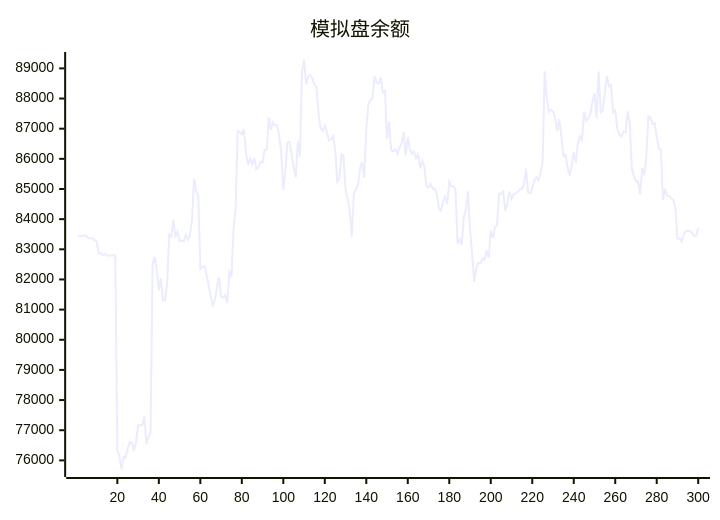
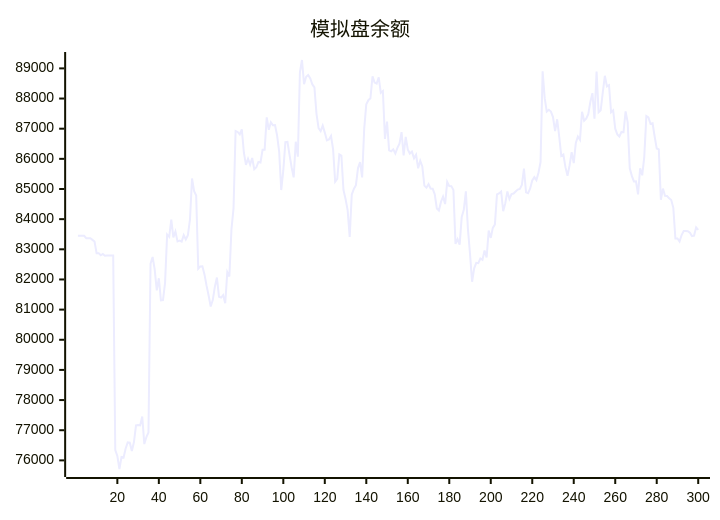
One commit to aahl/ai-trading changed the diagram in README.md. Above: the diagram before and after it, drawn with Mermaid. The commit also changed other lines of this file and 1 other file, not shown here.

````diff
--- a/README.md
+++ b/README.md
@@ -5,5 +5,5 @@
 ```mermaid
 xychart
     title "模拟盘余额"
-    line [83447,83448,83447,83448,83449,83369,83369,83369,83313,83256,82872,82873,82801,82844,82785,82791,82791,82793,82794,76339,76145,75714,76110,76096,76397,76594,76585,76310,76607,77160,77170,77160,77456,76541,76774,76927,82520,82744,82337,81639,82040,81307,81314,81887,83490,83414,83984,83396,83594,83261,83287,83253,83470,83327,83465,83987,85348,84930,84786,82355,82433,82438,82167,81795,81466,81105,81315,81756,82064,81426,81398,81481,81210,82242,82099,83658,84359,86925,86892,86814,86980,86203,85802,86003,85811,86028,85657,85721,85896,85880,86300,86299,87378,86965,87214,87115,87118,86780,86238,84966,85623,86555,86562,86129,85722,85387,86569,86070,88870,89278,88477,88720,88781,88668,88467,88372,87493,87018,86917,87102,86870,86613,86644,86758,86317,85242,85334,86149,86106,84968,84671,84302,83410,84816,85001,85127,85693,85891,85384,87001,87811,87945,88007,88734,88528,88495,88705,88189,88248,86662,87234,86279,86251,86314,86177,86364,86503,86886,86114,86731,86310,86176,86240,86017,86136,85685,85938,85749,85111,85044,85164,85016,85008,84824,84354,84287,84572,84745,84500,85234,85096,85095,84970,83180,83338,83157,84070,84309,84922,83667,82850,81924,82369,82552,82539,82695,82648,82962,82728,83619,83378,83710,83825,84819,84854,84917,84265,84527,84919,84668,84834,84850,84916,84981,85004,85131,85674,84891,84864,85019,85284,85393,85294,85538,85894,88904,88012,87567,87625,87568,87386,86920,87313,86737,86094,86143,85725,85437,85787,86219,85859,86526,86740,86630,87563,87264,87335,87483,87886,88180,87335,88894,87544,87608,88207,88755,88401,88444,87543,87608,87000,86810,86740,86894,86884,87576,87209,85686,85435,85251,85255,84820,85689,85453,86066,87420,87373,87161,87178,86740,86341,86315,84643,85012,84772,84768,84690,84635,84376,83360,83357,83259,83474,83608,83606,83602,83548,83440,83454,83724]
+    line [83448,83447,83448,83449,83369,83369,83369,83313,83256,82872,82873,82801,82844,82785,82791,82791,82793,82794,76339,76145,75714,76110,76096,76397,76594,76585,76310,76607,77160,77170,77160,77456,76541,76774,76927,82520,82744,82337,81639,82040,81307,81314,81887,83490,83414,83984,83396,83594,83261,83287,83253,83470,83327,83465,83987,85348,84930,84786,82355,82433,82438,82167,81795,81466,81105,81315,81756,82064,81426,81398,81481,81210,82242,82099,83658,84359,86925,86892,86814,86980,86203,85802,86003,85811,86028,85657,85721,85896,85880,86300,86299,87378,86965,87214,87115,87118,86780,86238,84966,85623,86555,86562,86129,85722,85387,86569,86070,88870,89278,88477,88720,88781,88668,88467,88372,87493,87018,86917,87102,86870,86613,86644,86758,86317,85242,85334,86149,86106,84968,84671,84302,83410,84816,85001,85127,85693,85891,85384,87001,87811,87945,88007,88734,88528,88495,88705,88189,88248,86662,87234,86279,86251,86314,86177,86364,86503,86886,86114,86731,86310,86176,86240,86017,86136,85685,85938,85749,85111,85044,85164,85016,85008,84824,84354,84287,84572,84745,84500,85234,85096,85095,84970,83180,83338,83157,84070,84309,84922,83667,82850,81924,82369,82552,82539,82695,82648,82962,82728,83619,83378,83710,83825,84819,84854,84917,84265,84527,84919,84668,84834,84850,84916,84981,85004,85131,85674,84891,84864,85019,85284,85393,85294,85538,85894,88904,88012,87567,87625,87568,87386,86920,87313,86737,86094,86143,85725,85437,85787,86219,85859,86526,86740,86630,87563,87264,87335,87483,87886,88180,87335,88894,87544,87608,88207,88755,88401,88444,87543,87608,87000,86810,86740,86894,86884,87576,87209,85686,85435,85251,85255,84820,85689,85453,86066,87420,87373,87161,87178,86740,86341,86315,84643,85012,84772,84768,84690,84635,84376,83360,83357,83259,83474,83608,83606,83602,83548,83440,83454,83724,83644]
 ```
````
